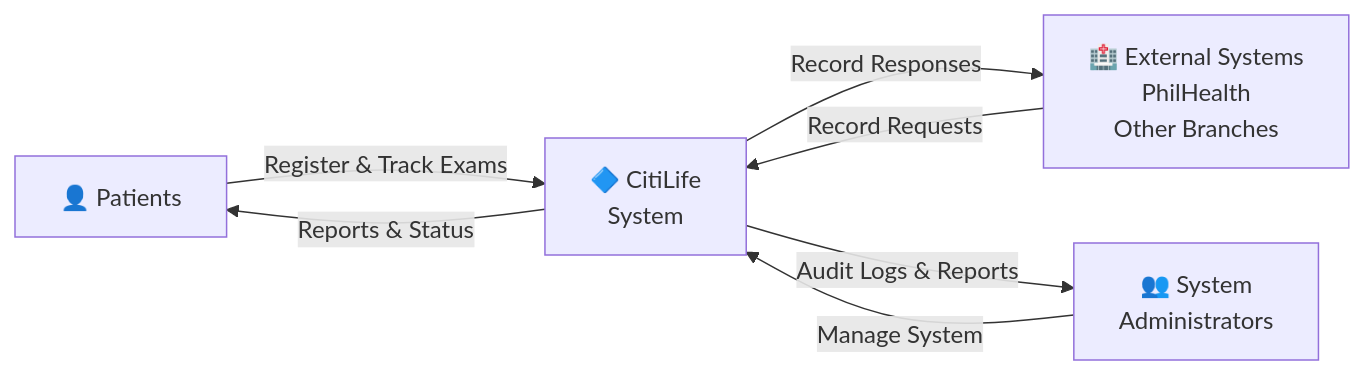
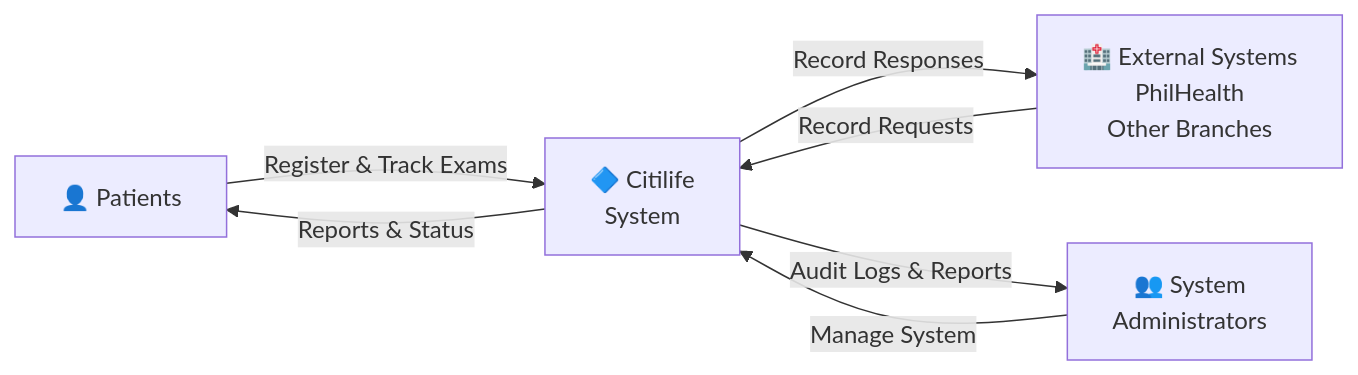
Before and after one commit to sedji09/CitiLife-System: the second of 5 diagrams in SYSTEM_ANALYSIS.md, drawn with Mermaid. The commit also changed other lines of this file and 97 other files, not shown here.

````diff
--- a/SYSTEM_ANALYSIS.md
+++ b/SYSTEM_ANALYSIS.md
@@ -231,14 +231,14 @@
 ```mermaid
 graph LR
     Patient["👤 Patients"]
     External["🏥 External Systems<br/>PhilHealth<br/>Other Branches"]
     AdminUsers["👥 System<br/>Administrators"]
     
-    Patient -->|Register & Track Exams| CitiLife["🔷 CitiLife<br/>System"]
-    External -->|Record Requests| CitiLife
-    AdminUsers -->|Manage System| CitiLife
+    Patient -->|Register & Track Exams| Citilife["🔷 Citilife<br/>System"]
+    External -->|Record Requests| Citilife
+    AdminUsers -->|Manage System| Citilife
     
-    CitiLife -->|Reports & Status| Patient
-    CitiLife -->|Record Responses| External
-    CitiLife -->|Audit Logs & Reports| AdminUsers
+    Citilife -->|Reports & Status| Patient
+    Citilife -->|Record Responses| External
+    Citilife -->|Audit Logs & Reports| AdminUsers
 ```
````
